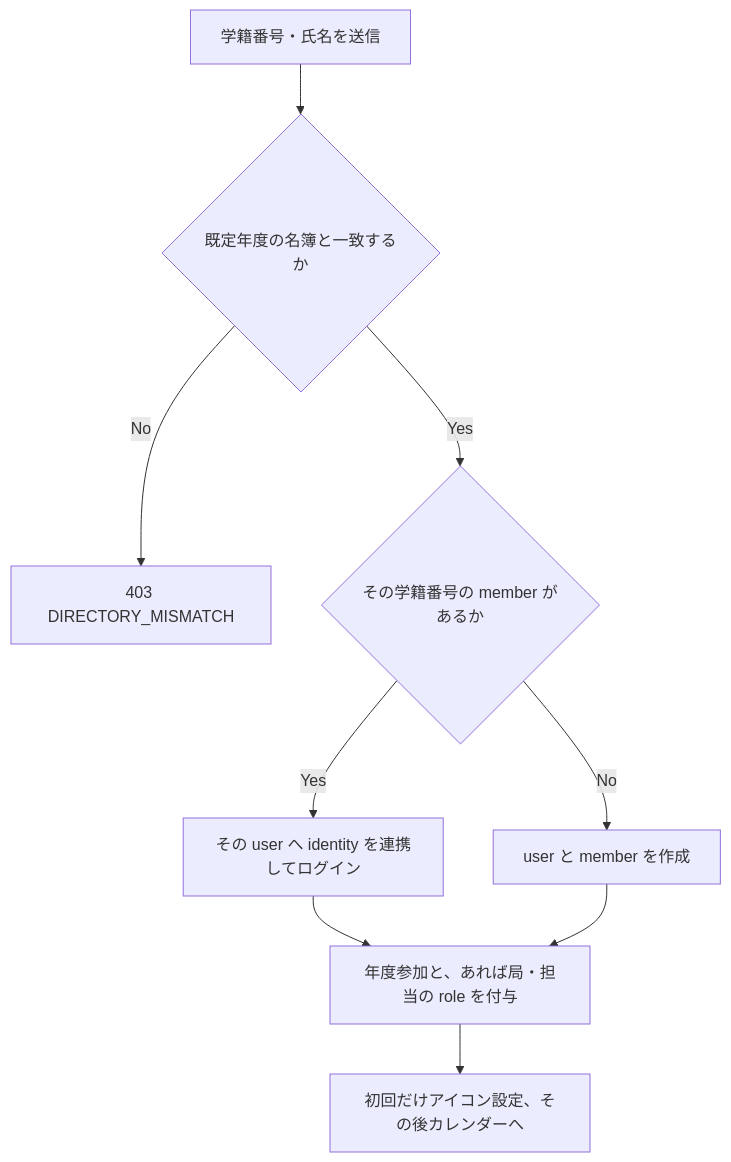
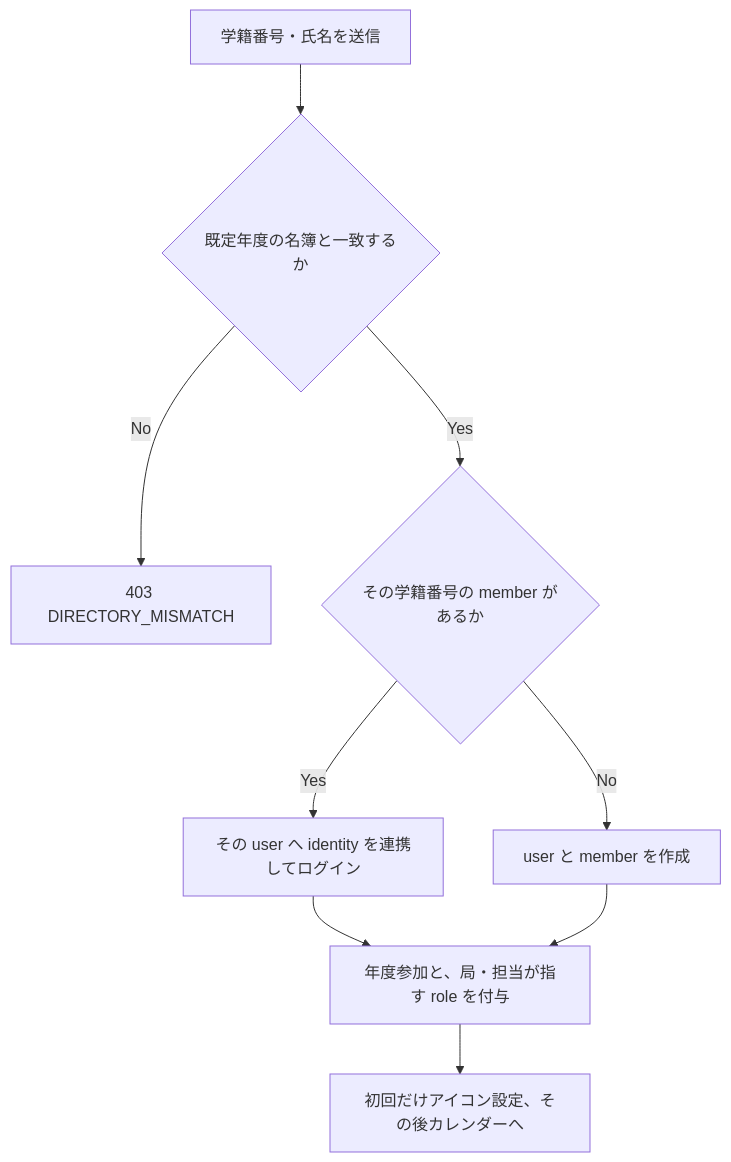
Before and after one commit to kazui-dev/shift-app: the second of 2 diagrams in docs/architecture.md, drawn with Mermaid. The commit also changed other lines of this file and 12 other files, not shown here.

````diff
--- a/docs/architecture.md
+++ b/docs/architecture.md
@@ -170,11 +170,11 @@
 ```mermaid
 flowchart TD
     A["学籍番号・氏名を送信"] --> B{"既定年度の名簿と一致するか"}
     B -->|No| C["403 DIRECTORY_MISMATCH"]
     B -->|Yes| D{"その学籍番号の member があるか"}
     D -->|Yes| E["その user へ identity を連携してログイン"]
     D -->|No| F["user と member を作成"]
-    E --> G["年度参加と、あれば局・担当の role を付与"]
+    E --> G["年度参加と、局・担当が指す role を付与"]
     F --> G
     G --> H["初回だけアイコン設定、その後カレンダーへ"]
 ```
````
